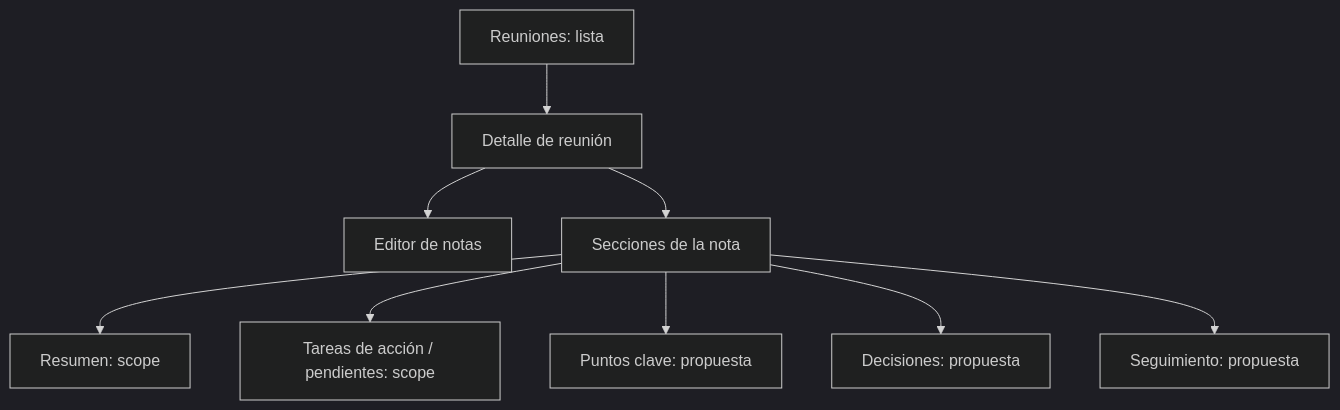
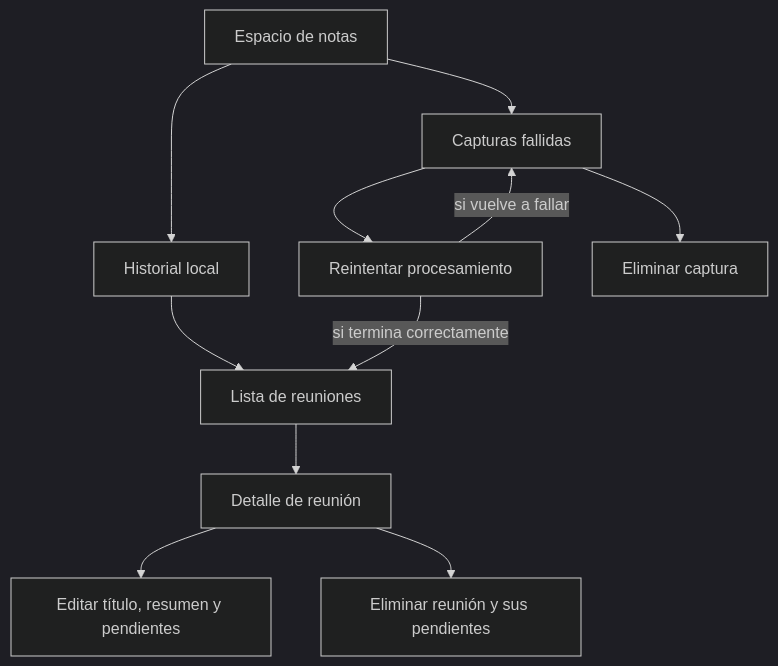
The diagram in docs/plans/MN-03-arquitectura-informacion.md (mgamboa66-wm/MeetingNotes), drawn with Mermaid (dark theme) before and after one commit. The commit also changed other lines of this file, not shown here.

````diff
--- a/docs/plans/MN-03-arquitectura-informacion.md
+++ b/docs/plans/MN-03-arquitectura-informacion.md
@@ -51,11 +27,13 @@
 ```mermaid
 flowchart TD
-  L["Reuniones: lista"] --> D["Detalle de reunión"]
-  D --> E["Editor de notas"]
-  D --> S["Secciones de la nota"]
-  S --> R["Resumen: scope"]
-  S --> A["Tareas de acción / pendientes: scope"]
-  S --> K["Puntos clave: propuesta"]
-  S --> C["Decisiones: propuesta"]
-  S --> F["Seguimiento: propuesta"]
+  H["Espacio de notas"] --> L["Historial local"]
+  L --> R["Lista de reuniones"]
+  R --> D["Detalle de reunión"]
+  D --> E["Editar título, resumen y pendientes"]
+  D --> X["Eliminar reunión y sus pendientes"]
+  H --> F["Capturas fallidas"]
+  F --> T["Reintentar procesamiento"]
+  T -->|si termina correctamente| R
+  T -->|si vuelve a fallar| F
+  F --> Y["Eliminar captura"]
 ```
````
